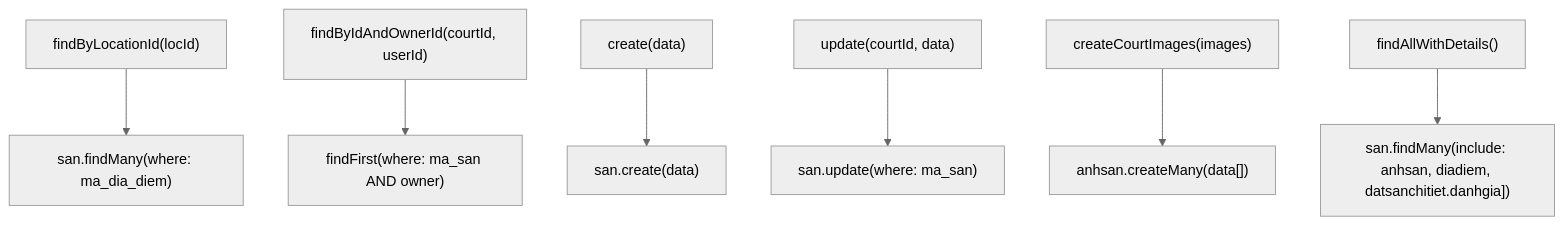
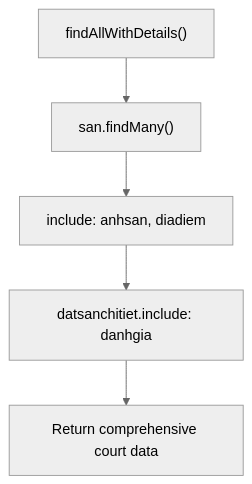
One commit to nguyencongtrung2001/Do-An changed the seventh of 11 diagrams in .qoder/repowiki/en/content/Backend Architecture/Data Access Layer.md. Above: the diagram before and after it, drawn with Mermaid (neutral theme). The commit also changed other lines of this file and 12 other files, not shown here.

````diff
--- a/.qoder/repowiki/en/content/Backend Architecture/Data Access Layer.md
+++ b/.qoder/repowiki/en/content/Backend Architecture/Data Access Layer.md
@@ -388,9 +396,7 @@
 ```mermaid
 flowchart TD
-A["findByLocationId(locId)"] --> B["san.findMany(where: ma_dia_diem)"]
-C["findByIdAndOwnerId(courtId, userId)"] --> D["findFirst(where: ma_san AND owner)"]
-E["create(data)"] --> F["san.create(data)"]
-G["update(courtId, data)"] --> H["san.update(where: ma_san)"]
-I["createCourtImages(images)"] --> J["anhsan.createMany(data[])"]
-K["findAllWithDetails()"] --> L["san.findMany(include: anhsan, diadiem, datsanchitiet.danhgia])"]
+A["findAllWithDetails()"] --> B["san.findMany()"]
+B --> C["include: anhsan, diadiem"]
+C --> D["datsanchitiet.include: danhgia"]
+D --> E["Return comprehensive court data"]
 ```
````
